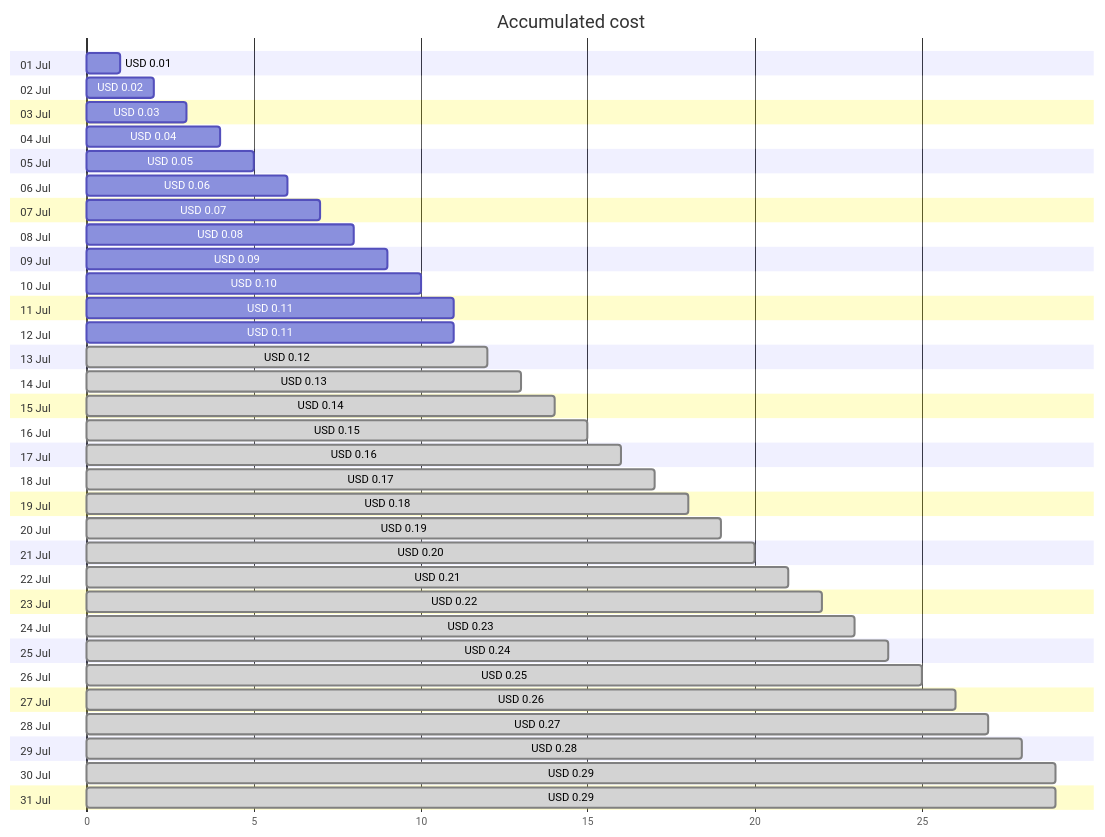
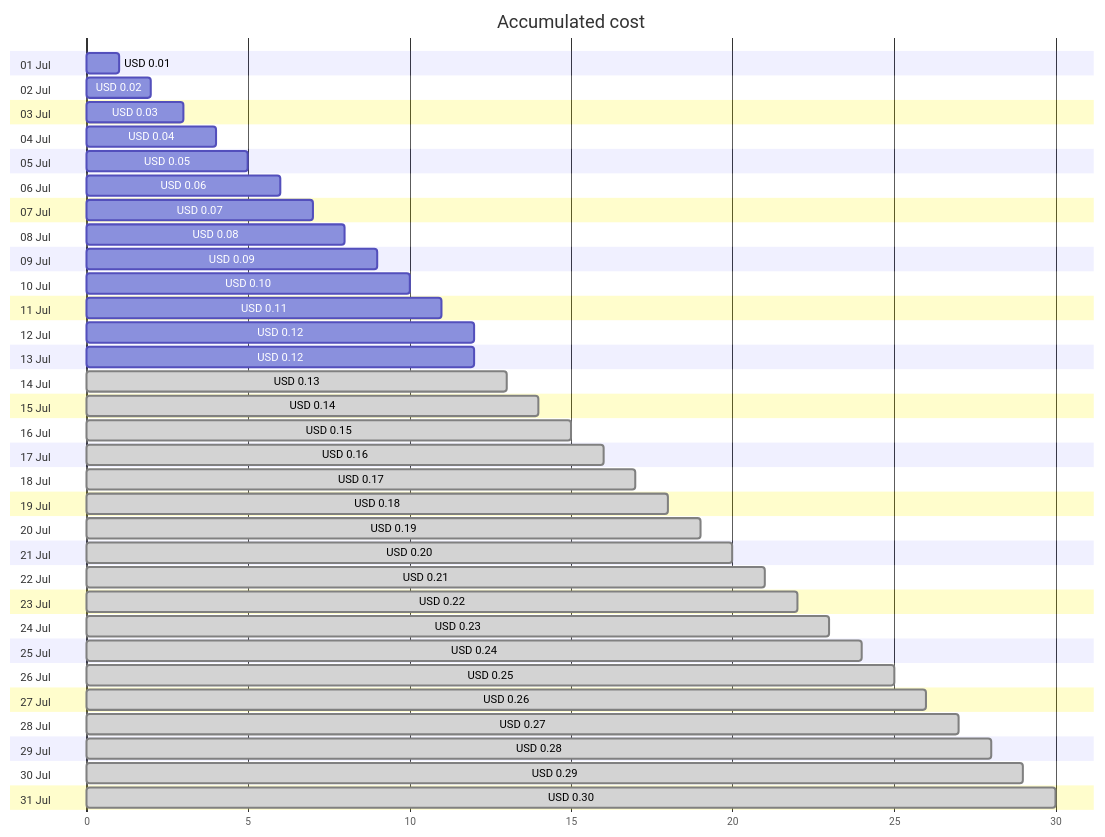
One commit to jpfulton/azure-personal-reports changed the first of 4 diagrams in cost-reports/cloud-shell-storage-eastus/cs2100300008c8d894b.md. Above: the diagram before and after it, drawn with Mermaid. The commit also changed other lines of this file and 1 other file, not shown here.

````diff
--- a/cost-reports/cloud-shell-storage-eastus/cs2100300008c8d894b.md
+++ b/cost-reports/cloud-shell-storage-eastus/cs2100300008c8d894b.md
@@ -20,68 +20,68 @@
 ```mermaid
 gantt
    title Accumulated cost
    dateFormat  X
    axisFormat %s
    section 01 Jul
    USD 0.01 :0, 1
    section 02 Jul
    USD 0.02 :0, 2
    section 03 Jul
    USD 0.03 :0, 3
    section 04 Jul
    USD 0.04 :0, 4
    section 05 Jul
    USD 0.05 :0, 5
    section 06 Jul
    USD 0.06 :0, 6
    section 07 Jul
    USD 0.07 :0, 7
    section 08 Jul
    USD 0.08 :0, 8
    section 09 Jul
    USD 0.09 :0, 9
    section 10 Jul
    USD 0.10 :0, 10
    section 11 Jul
    USD 0.11 :0, 11
    section 12 Jul
-   USD 0.11 :0, 11
+   USD 0.12 :0, 12
    section 13 Jul
-   USD 0.12 : done, 0, 12
+   USD 0.12 :0, 12
    section 14 Jul
    USD 0.13 : done, 0, 13
    section 15 Jul
    USD 0.14 : done, 0, 14
    section 16 Jul
    USD 0.15 : done, 0, 15
    section 17 Jul
    USD 0.16 : done, 0, 16
    section 18 Jul
    USD 0.17 : done, 0, 17
    section 19 Jul
    USD 0.18 : done, 0, 18
    section 20 Jul
    USD 0.19 : done, 0, 19
    section 21 Jul
    USD 0.20 : done, 0, 20
    section 22 Jul
    USD 0.21 : done, 0, 21
    section 23 Jul
    USD 0.22 : done, 0, 22
    section 24 Jul
    USD 0.23 : done, 0, 23
    section 25 Jul
    USD 0.24 : done, 0, 24
    section 26 Jul
    USD 0.25 : done, 0, 25
    section 27 Jul
    USD 0.26 : done, 0, 26
    section 28 Jul
    USD 0.27 : done, 0, 27
    section 29 Jul
    USD 0.28 : done, 0, 28
    section 30 Jul
    USD 0.29 : done, 0, 29
    section 31 Jul
-   USD 0.29 : done, 0, 29
+   USD 0.30 : done, 0, 30
 ```
````
